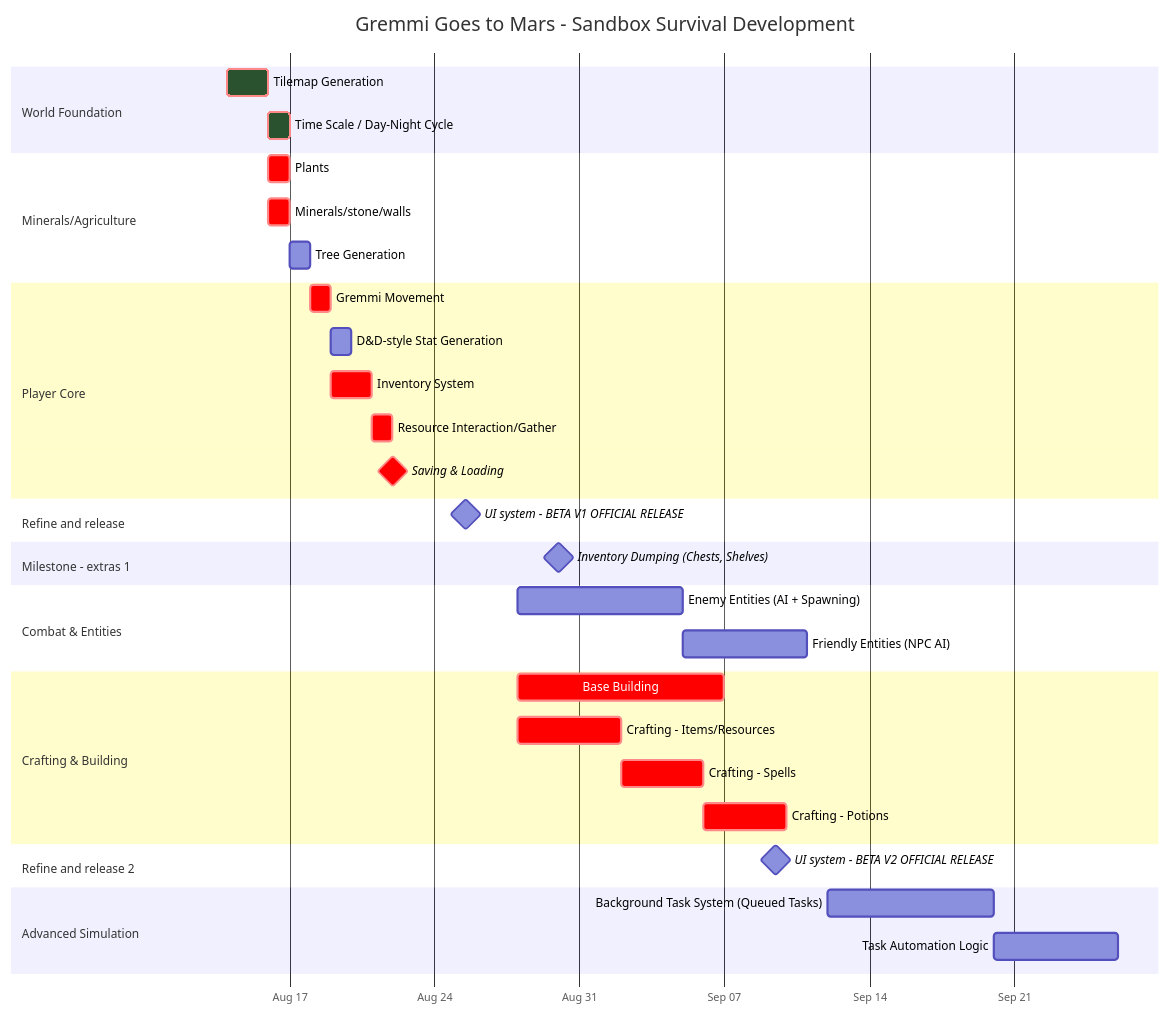
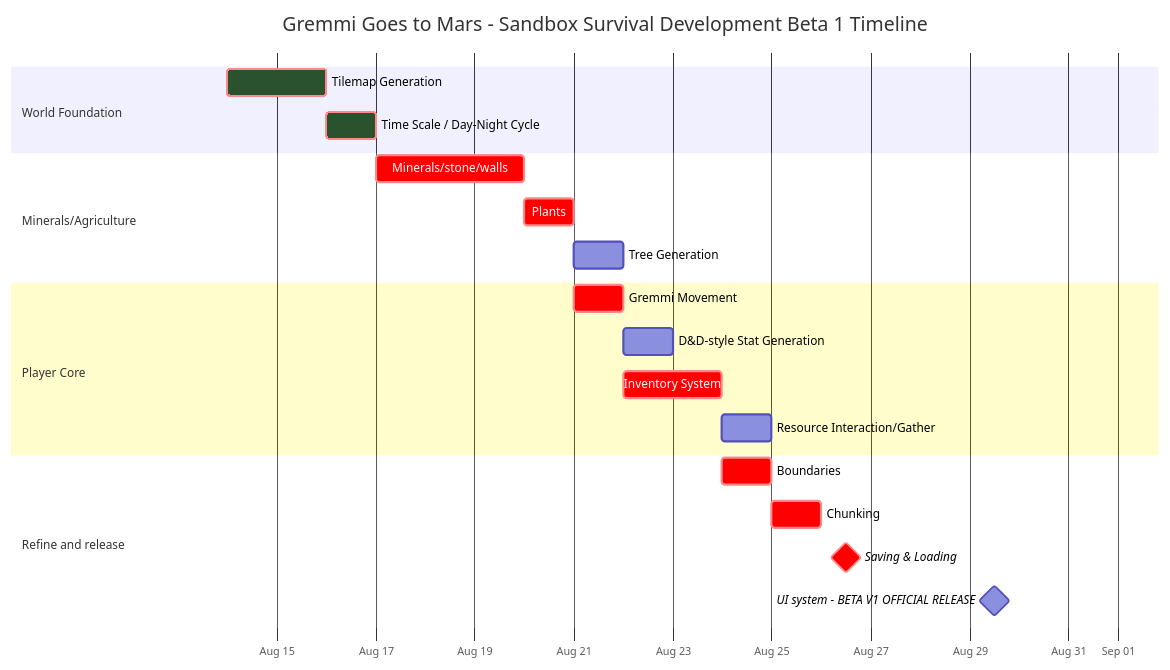
The second of 3 diagrams in dist/README.md (Jacobchestnut16/GremmiGoesToMars), drawn with Mermaid before and after one commit. The commit also changed other lines of this file and 3 other files, not shown here.

````diff
--- a/dist/README.md
+++ b/dist/README.md
@@ -42,59 +42,41 @@
 ```mermaid
 %%{
     init: {
         'gantt': {
             'leftPadding': 200,
             'barHeight': 25,
             'barGap': 15,
             'topPadding': 60
         },
         'themeVariables': {
             'doneTaskBkgColor': '#2B522EFF'
         }
     }
 }%%
 gantt
-    title Gremmi Goes to Mars - Sandbox Survival Development
+    title Gremmi Goes to Mars - Sandbox Survival Development Beta 1 Timeline
     dateFormat  YYYY-MM-DD
     axisFormat  %b %d
     
     
     section World Foundation
     Tilemap Generation                          :crit, done, a1, 2025-08-14, 2d
     Time Scale / Day-Night Cycle                :crit, done, a2, after a1, 1d
     
     section Minerals/Agriculture
-    Plants                                      :crit, a6, after a1, 0.75d
-    Minerals/stone/walls                        :crit, a4, after a1, 0.75d
+    Minerals/stone/walls                        :crit, a4, after a2, 3d
+    Plants                                      :crit, a6, after a4, 0.75d
     Tree Generation                             :a5, after a6, 0.75d
     
     section Player Core
-    Gremmi Movement                 :crit, b1, after a5, 0.5d
+    Gremmi Movement                 :crit, b1, after a6, 0.5d
     D&D-style Stat Generation       :b2, after b1, 0.5d
     Inventory System                :crit, b3, after b1, 2d
-    Resource Interaction/Gather     :crit, b5, after b3, 1d
-    Saving & Loading                :crit, milestone, b4, after b3, 2d
+    Resource Interaction/Gather     :b5, after b3, 1d
     
     section Refine and release
-    UI system - BETA V1 OFFICIAL RELEASE     :milestone, c1, after b4, 5d
-    
-    section Milestone - extras 1
-    Inventory Dumping (Chests, Shelves) :milestone, f1, after c1, 4d
-    
-    section Combat & Entities
-    Enemy Entities (AI + Spawning) :d1, after c1, 8d
-    Friendly Entities (NPC AI)     :d2, after d1, 6d
-    
-    section Crafting & Building
-    Base Building                  :crit, d6, after c1, 10d
-    Crafting - Items/Resources     :crit, d5, after c1, 5d
-    Crafting - Spells              :crit, d4, after d5, 4d
-    Crafting - Potions             :crit, d3, after d4, 4d
-    
-    section Refine and release 2
-    UI system - BETA V2 OFFICIAL RELEASE     :milestone, c2, after d6, 5d
-    
-    section Advanced Simulation
-    Background Task System (Queued Tasks) :e1, after c2, 8d
-    Task Automation Logic                 :e2, after e1, 6d
+    Boundaries                               :crit, c1, after b3, 0.5d
+    Chunking                                 :crit, c2, after c1, 0.5d
+    Saving & Loading                         :crit, milestone, b4, after c2, 1d
+    UI system - BETA V1 OFFICIAL RELEASE     :milestone, release1, after b4, 5d
 ```
````
